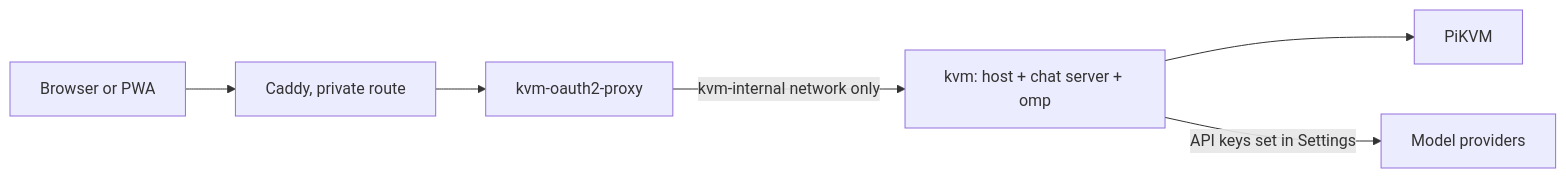
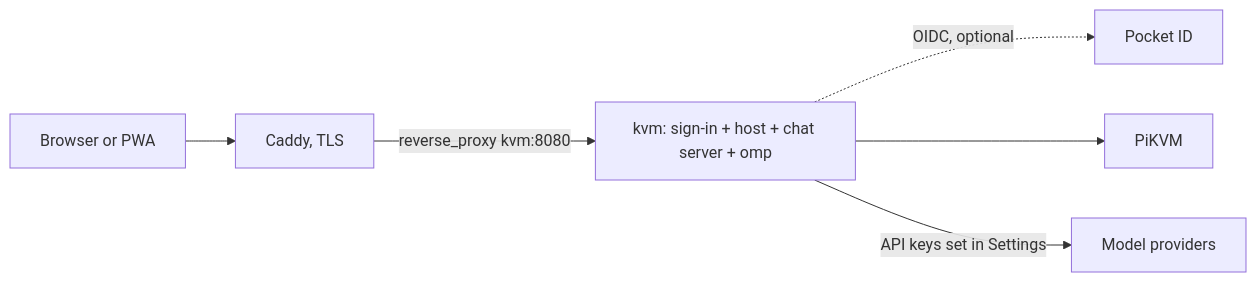
Before and after one commit to kierandrewett/pikvm-desktop-agentic: the first of 2 diagrams in docs/deploy-web.md, drawn with Mermaid. The commit also changed other lines of this file and 44 other files, not shown here.

````diff
--- a/docs/deploy-web.md
+++ b/docs/deploy-web.md
@@ -8,8 +8,8 @@
 ```mermaid
 flowchart LR
-    phone[Browser or PWA] --> caddy[Caddy, private route]
-    caddy --> proxy[kvm-oauth2-proxy]
-    proxy -->|kvm-internal network only| kvm[kvm: host + chat server + omp]
+    phone[Browser or PWA] --> caddy[Caddy, TLS]
+    caddy -->|reverse_proxy kvm:8080| kvm[kvm: sign-in + host + chat server + omp]
+    kvm -.->|OIDC, optional| pocket[Pocket ID]
     kvm --> pi[PiKVM]
     kvm -->|API keys set in Settings| models[Model providers]
 ```
````
